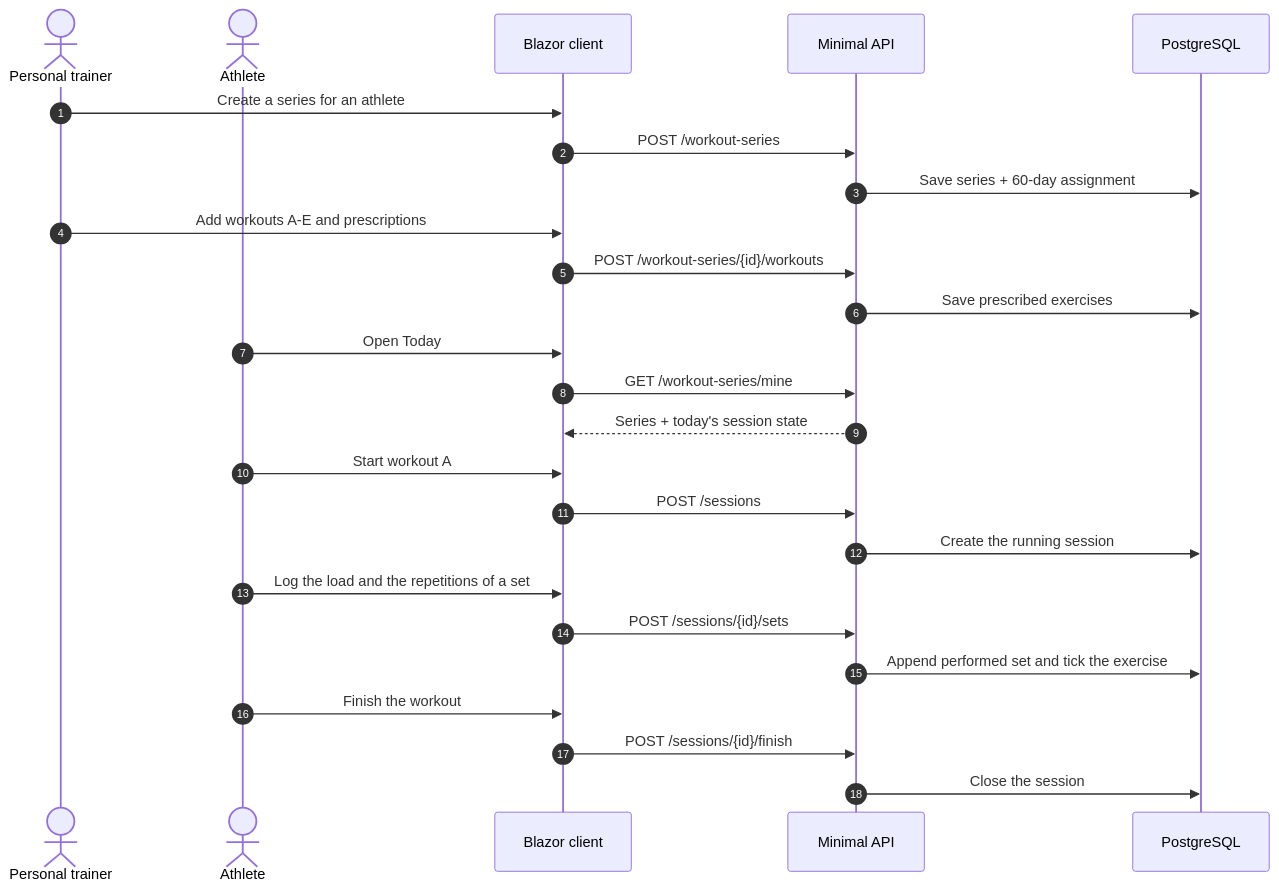
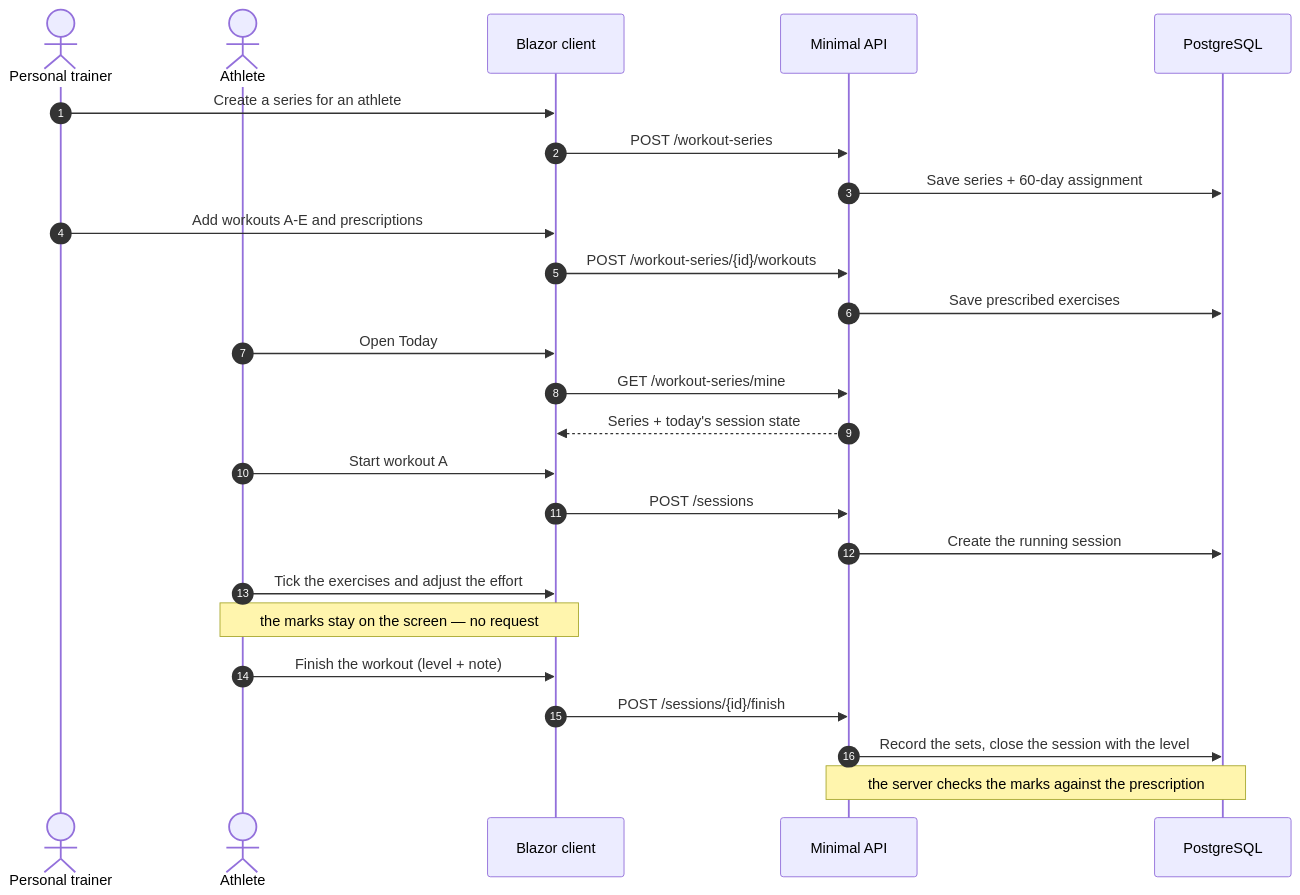
Before and after one commit to claudiovolnei/fit-track: the fourth of 4 diagrams in README.md, drawn with Mermaid. The commit also changed other lines of this file and 92 other files, not shown here.

````diff
--- a/README.md
+++ b/README.md
@@ -185,28 +189,28 @@
 ```mermaid
 sequenceDiagram
     autonumber
     actor T as Personal trainer
     actor A as Athlete
     participant SPA as Blazor client
     participant API as Minimal API
     participant DB as PostgreSQL
 
     T->>SPA: Create a series for an athlete
     SPA->>API: POST /workout-series
     API->>DB: Save series + 60-day assignment
     T->>SPA: Add workouts A-E and prescriptions
     SPA->>API: POST /workout-series/{id}/workouts
     API->>DB: Save prescribed exercises
     A->>SPA: Open Today
     SPA->>API: GET /workout-series/mine
     API-->>SPA: Series + today's session state
     A->>SPA: Start workout A
     SPA->>API: POST /sessions
     API->>DB: Create the running session
-    A->>SPA: Log the load and the repetitions of a set
-    SPA->>API: POST /sessions/{id}/sets
-    API->>DB: Append performed set and tick the exercise
-    A->>SPA: Finish the workout
+    A->>SPA: Tick the exercises and adjust the effort
+    Note over A,SPA: the marks stay on the screen — no request
+    A->>SPA: Finish the workout (level + note)
     SPA->>API: POST /sessions/{id}/finish
-    API->>DB: Close the session
+    API->>DB: Record the sets, close the session with the level
+    Note over API,DB: the server checks the marks against the prescription
 ```
````
